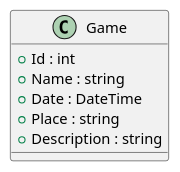
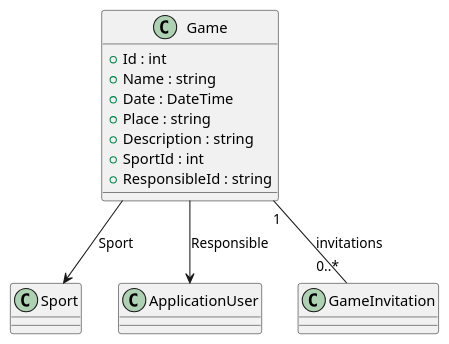
Before and after one commit to ISII2627Erasmus/Barca: the diagram in src/AppForSEII.API/ClassDiagram/Game.puml, drawn with PlantUML.

Commit message:
Update Game class diagram with relationships

```diff
--- a/src/AppForSEII.API/ClassDiagram/Game.puml
+++ b/src/AppForSEII.API/ClassDiagram/Game.puml
@@ -1,11 +1,17 @@
 @startuml
 
 class Game {
     + Id : int
     + Name : string
     + Date : DateTime
     + Place : string
     + Description : string
+    + SportId : int
+    + ResponsibleId : string
 }
 
+Game --> Sport : Sport
+Game --> ApplicationUser : Responsible
+Game "1" -- "0..*" GameInvitation : invitations
+
 @enduml
```
